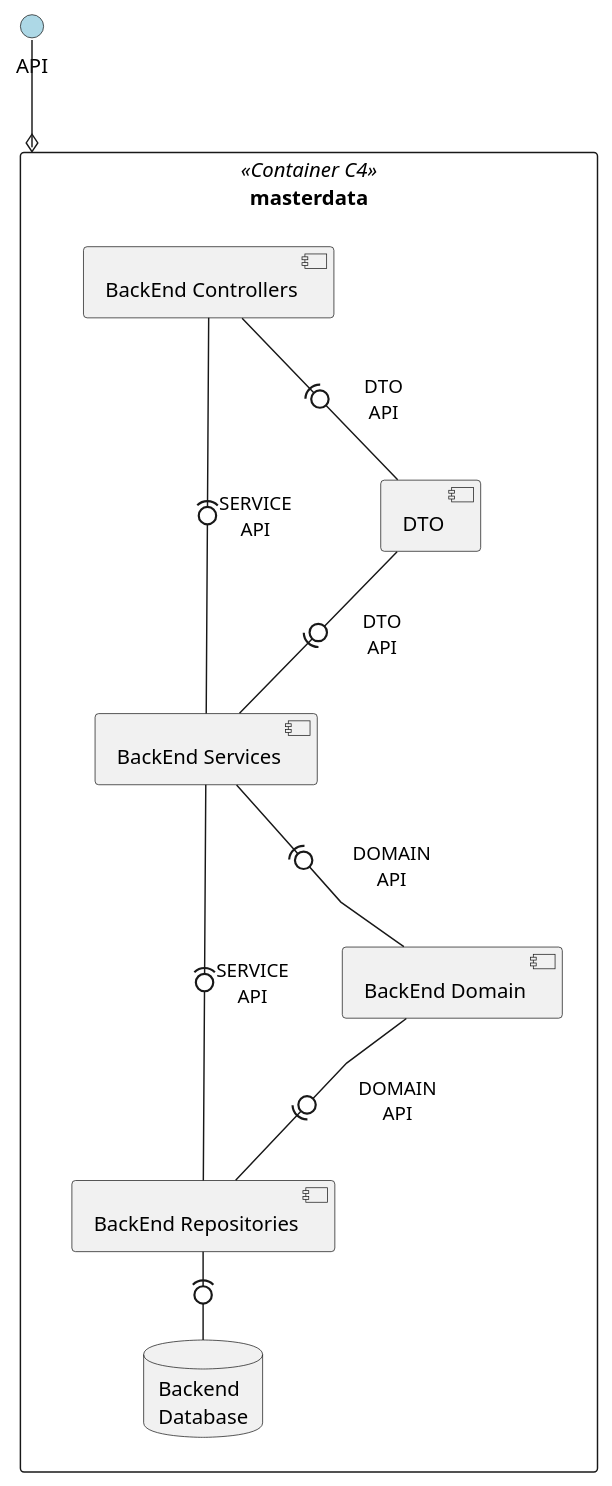
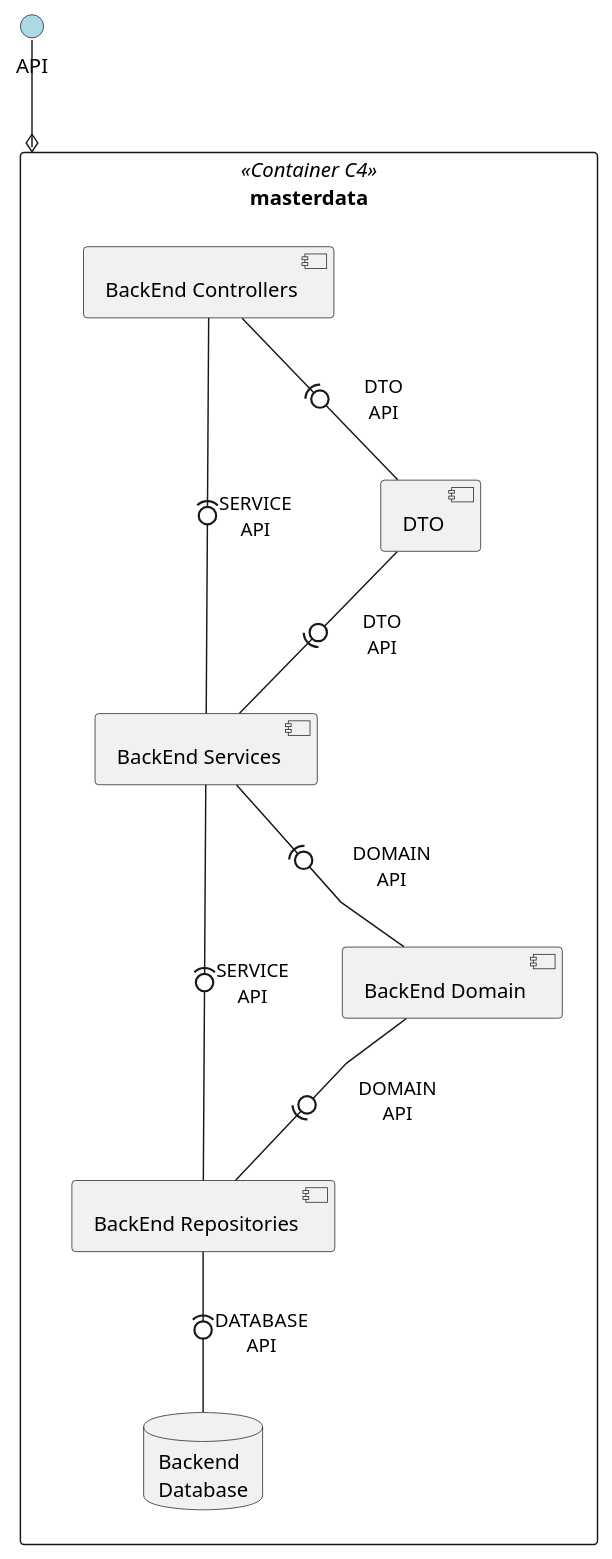
Before and after one commit to BernasDzn/portit: the diagram in docs/sprint_1/global_artifacts/arquitecture/level_4/logic_views/l4_logic_view_1.puml, drawn with PlantUML. The commit also changed 27 other files, not shown here.

```diff
--- a/docs/sprint_1/global_artifacts/arquitecture/level_4/logic_views/l4_logic_view_1.puml
+++ b/docs/sprint_1/global_artifacts/arquitecture/level_4/logic_views/l4_logic_view_1.puml
@@ -1,50 +1,50 @@
 @startuml logicview_n4
 skinparam Linetype polyline
 
 circle "API" as api #LightBlue
 
 api --o masterdata
 
 rectangle "Master Data" as masterdata <<Container C4>> {
 	
 	[row 1 empty] as empty1 #red
 	[BackEnd Controllers] as controller
 
 	[BackEnd Services] as service
 	[row 2 empty] as empty2 #red
 
 	[BackEnd Repositories] as repository
 	[row 3 empty] as empty3 #red
 
 	[DTO] as dtos
 	[BackEnd Domain] as domain
 	database "Backend\nDatabase" as database
 
 	hide empty1
 	hide empty2
 	hide empty3
 } 
 
 ' row one 
 controller -d(0- dtos : "DTO\nAPI"
 controller -(0- service : "SERVICE\nAPI"
 empty1 -l- controller
 empty1 -d- dtos
 
 ' row three
 service -u(0- dtos : "DTO\nAPI"
 empty2 -l- service
 empty2 -u- dtos
 
 'row four
 service -d(0- repository : "SERVICE\nAPI"
 service -(0- domain : "DOMAIN\nAPI"
 repository -u(0- domain : "DOMAIN\nAPI"
 empty3 -l- repository
 empty2 -d- domain
 empty3 -u- domain
 
-repository -d(0- database
+repository -d(0- database : "DATABASE\nAPI"
 
 
 @enduml
```
